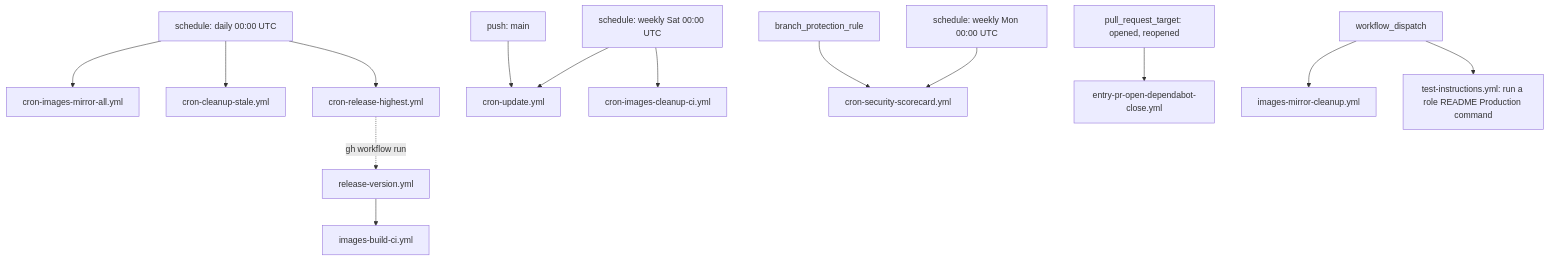
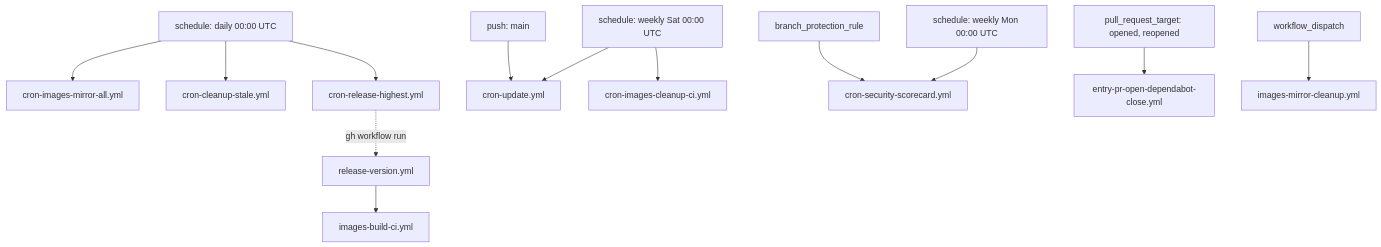
One commit to infinito-nexus/core changed the third of 3 diagrams in .github/workflows/README.md. Above: the diagram before and after it, drawn with Mermaid. The commit also changed other lines of this file and 21 other files, not shown here.

````diff
--- a/.github/workflows/README.md
+++ b/.github/workflows/README.md
@@ -282,17 +279,16 @@
 ```mermaid
 flowchart TB
     daily["schedule: daily 00:00 UTC"] --> mirrorall["cron-images-mirror-all.yml"]
     daily --> stale["cron-cleanup-stale.yml"]
     daily --> relhighest["cron-release-highest.yml"]
     weekly["schedule: weekly Sat 00:00 UTC"] --> updatewf["cron-update.yml"]
     weekly --> cleanupci["cron-images-cleanup-ci.yml"]
     weeklymon["schedule: weekly Mon 00:00 UTC"] --> scorecard["cron-security-scorecard.yml"]
     branchprot["branch_protection_rule"] --> scorecard
     pushmain["push: main"] --> updatewf
     prtarget["pull_request_target: opened, reopened"] --> depclose["entry-pr-open-dependabot-close.yml"]
 
     relhighest -.->|"gh workflow run"| relver["release-version.yml"]
     relver --> imgbuildci["images-build-ci.yml"]
     manual["workflow_dispatch"] --> mirrorcleanup["images-mirror-cleanup.yml"]
-    manual --> deploywf["test-instructions.yml: run a role README Production command"]
 ```
````
